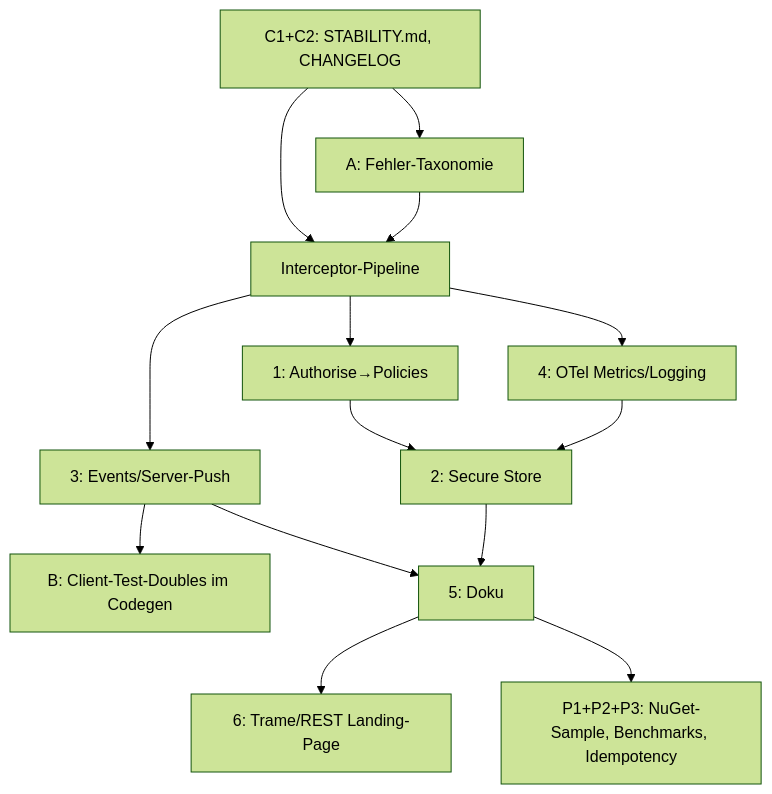
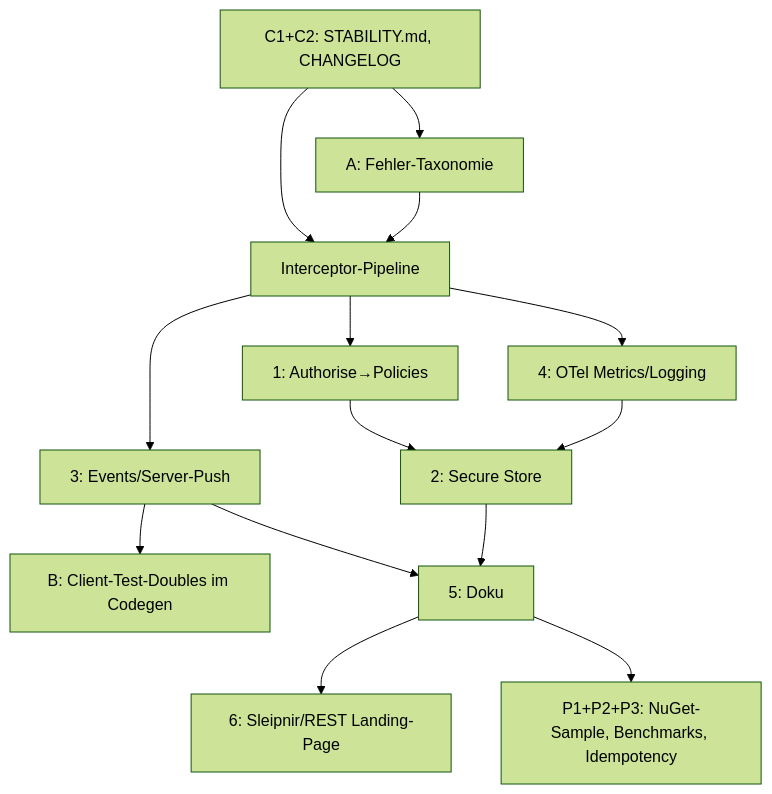
The diagram in ROADMAP.md (HolgerTheHuck/Sleipnir), drawn with Mermaid (forest theme) before and after one commit. The commit also changed other lines of this file and 704 other files, not shown here.

````diff
--- a/ROADMAP.md
+++ b/ROADMAP.md
@@ -68,16 +68,16 @@
 ```mermaid
 graph TD
     C[C1+C2: STABILITY.md, CHANGELOG] --> A[A: Fehler-Taxonomie]
     C --> P1[Interceptor-Pipeline]
     A --> P1
     P1 --> E1[1: Authorise→Policies]
     P1 --> E4[4: OTel Metrics/Logging]
     E1 --> S[2: Secure Store]
     E4 --> S
     P1 --> EV[3: Events/Server-Push]
     EV --> B[B: Client-Test-Doubles im Codegen]
     EV --> D[5: Doku]
     S --> D
-    D --> L[6: Trame/REST Landing-Page]
+    D --> L[6: Sleipnir/REST Landing-Page]
     D --> POL[P1+P2+P3: NuGet-Sample, Benchmarks, Idempotency]
 ```
````
